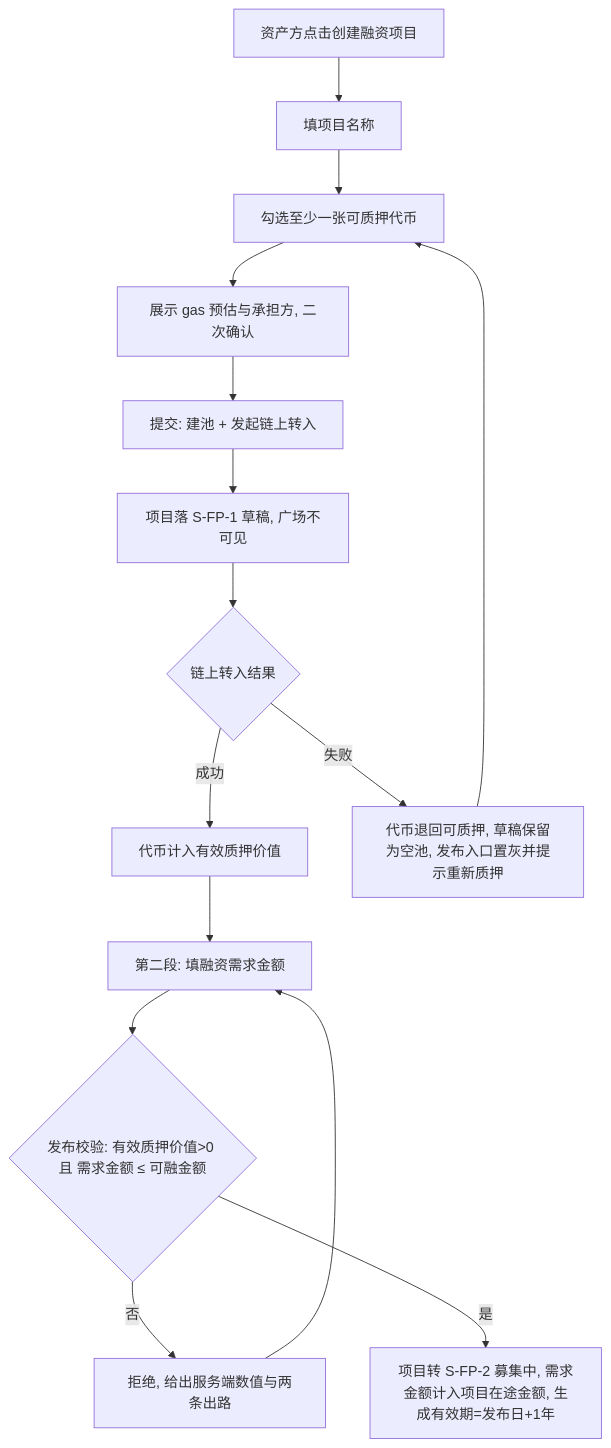
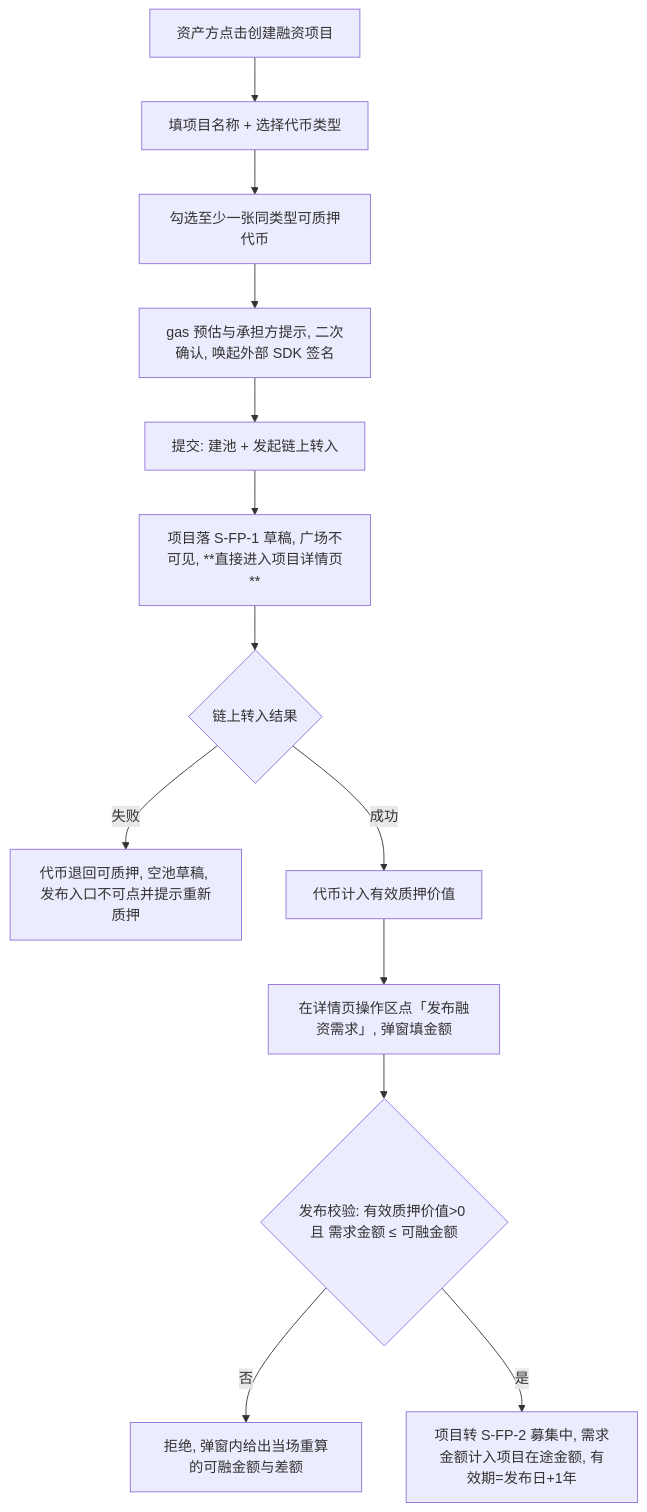
One commit to wxblockchain/Chain-Financing changed the first of 4 diagrams in financial-service-platform/prd/v1.0-借贷广场-融资需求与代币质押/v1.0-借贷广场-融资需求与代币质押-PRD.md. Above: the diagram before and after it, drawn with Mermaid. The commit also changed other lines of this file and 1 other file, not shown here.

````diff
--- a/financial-service-platform/prd/v1.0-借贷广场-融资需求与代币质押/v1.0-借贷广场-融资需求与代币质押-PRD.md
+++ b/financial-service-platform/prd/v1.0-借贷广场-融资需求与代币质押/v1.0-借贷广场-融资需求与代币质押-PRD.md
@@ -138,17 +137,15 @@
 ```mermaid
 flowchart TD
-  A[资产方点击创建融资项目] --> B[填项目名称]
-  B --> C[勾选至少一张可质押代币]
-  C --> D[展示 gas 预估与承担方, 二次确认]
+  A[资产方点击创建融资项目] --> B[填项目名称 + 选择代币类型]
+  B --> C[勾选至少一张同类型可质押代币]
+  C --> D[gas 预估与承担方提示, 二次确认, 唤起外部 SDK 签名]
   D --> E[提交: 建池 + 发起链上转入]
-  E --> F[项目落 S-FP-1 草稿, 广场不可见]
+  E --> F[项目落 S-FP-1 草稿, 广场不可见, **直接进入项目详情页**]
   F --> G{链上转入结果}
-  G -- 成功 --> H[代币计入有效质押价值]
-  G -- 失败 --> I[代币退回可质押, 草稿保留为空池, 发布入口置灰并提示重新质押]
-  H --> J[第二段: 填融资需求金额]
-  I --> C
+  G -- 失败 --> H[代币退回可质押, 空池草稿, 发布入口不可点并提示重新质押]
+  G -- 成功 --> I[代币计入有效质押价值]
+  I --> J[在详情页操作区点「发布融资需求」, 弹窗填金额]
   J --> K{发布校验: 有效质押价值>0 且 需求金额 ≤ 可融金额}
-  K -- 否 --> L[拒绝, 给出服务端数值与两条出路]
-  L --> J
-  K -- 是 --> M[项目转 S-FP-2 募集中, 需求金额计入项目在途金额, 生成有效期=发布日+1年]
+  K -- 否 --> L[拒绝, 弹窗内给出当场重算的可融金额与差额]
+  K -- 是 --> M[项目转 S-FP-2 募集中, 需求金额计入项目在途金额, 有效期=发布日+1年]
 ```
````
